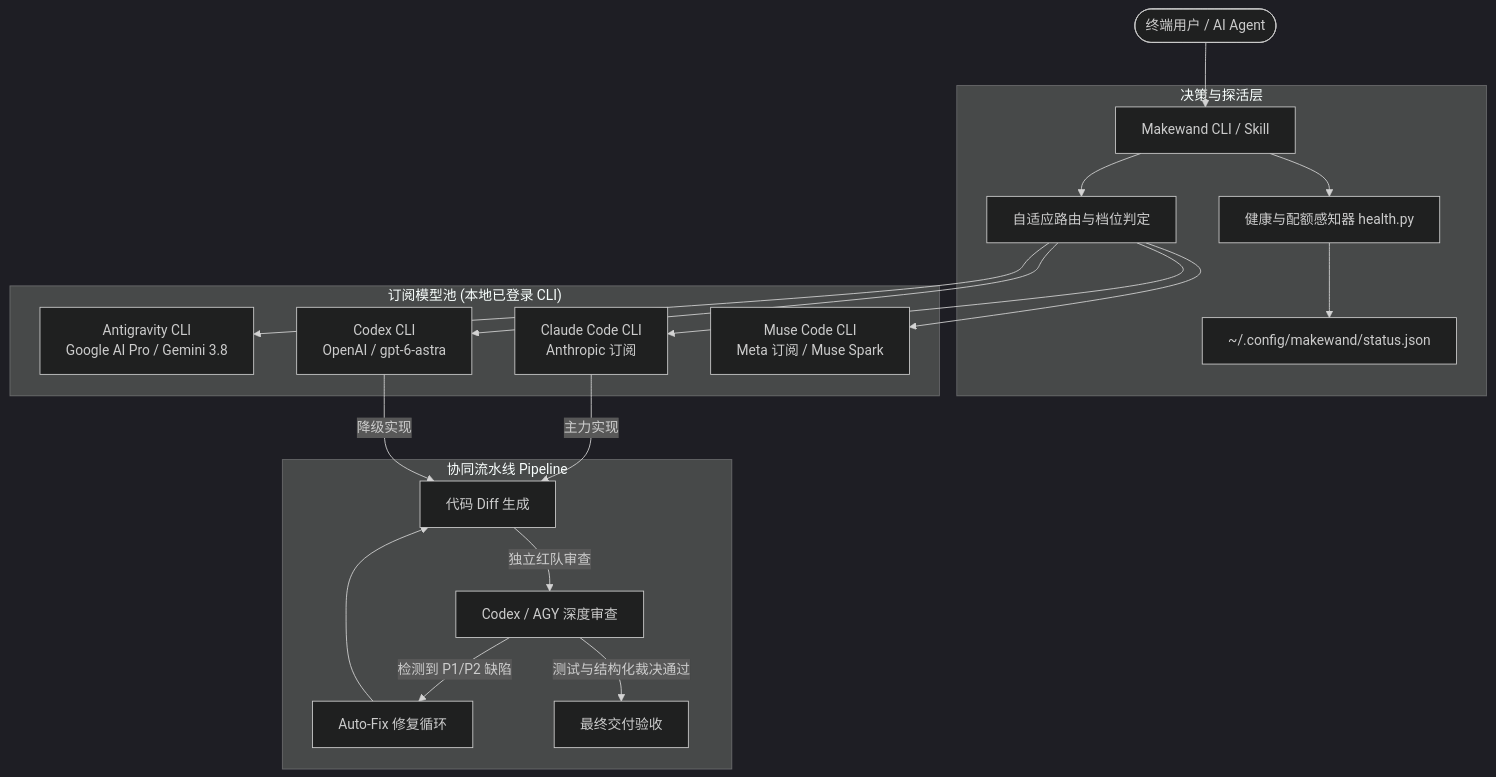
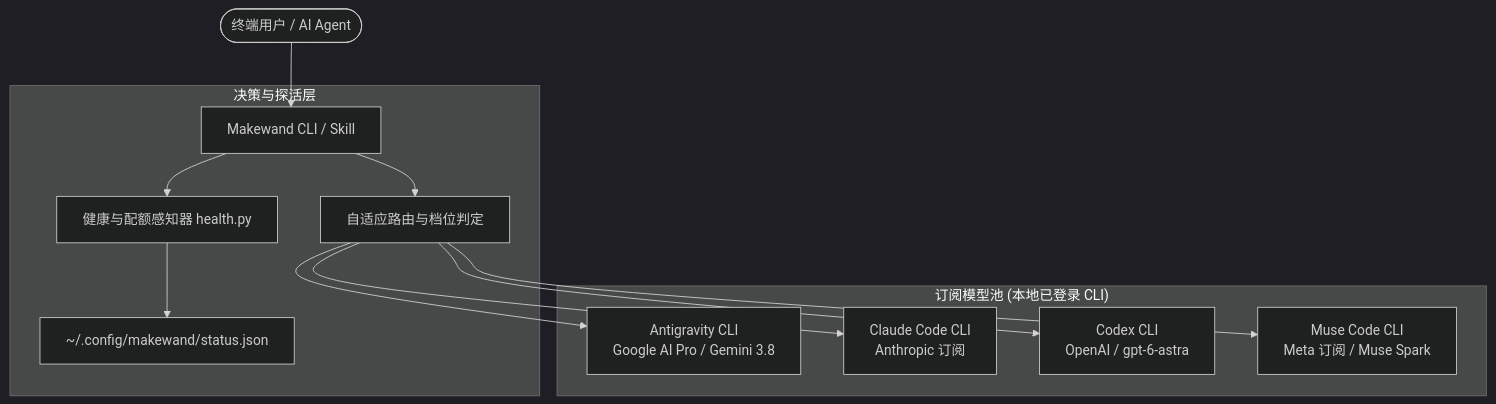
One commit to makewand/makewand changed the diagram in README.md. Above: the diagram before and after it, drawn with Mermaid (dark theme). The commit also changed other lines of this file and 295 other files, not shown here.

````diff
--- a/README.md
+++ b/README.md
@@ -40,26 +35,17 @@
 ```mermaid
 flowchart TD
     User(["终端用户 / AI Agent"]) --> MakewandCLI["Makewand CLI / Skill"]
     
     subgraph Decision ["决策与探活层"]
         MakewandCLI --> Health["健康与配额感知器 health.py"]
         Health --> Cache["~/.config/makewand/status.json"]
         MakewandCLI --> Router["自适应路由与档位判定"]
     end
 
     subgraph Pool ["订阅模型池 (本地已登录 CLI)"]
         Router --> AGY["Antigravity CLI<br>Google AI Pro / Gemini 3.8"]
         Router --> Claude["Claude Code CLI<br>Anthropic 订阅"]
         Router --> Codex["Codex CLI<br>OpenAI / gpt-6-astra"]
         Router --> Muse["Muse Code CLI<br>Meta 订阅 / Muse Spark"]
     end
-
-    subgraph Pipeline ["协同流水线 Pipeline"]
-        Claude -->|主力实现| Diff["代码 Diff 生成"]
-        Codex -->|降级实现| Diff
-        Diff -->|独立红队审查| CodexReview["Codex / AGY 深度审查"]
-        CodexReview -->|检测到 P1/P2 缺陷| AutoFix["Auto-Fix 修复循环"]
-        AutoFix --> Diff
-        CodexReview -->|测试与结构化裁决通过| Done["最终交付验收"]
-    end
 ```
````
